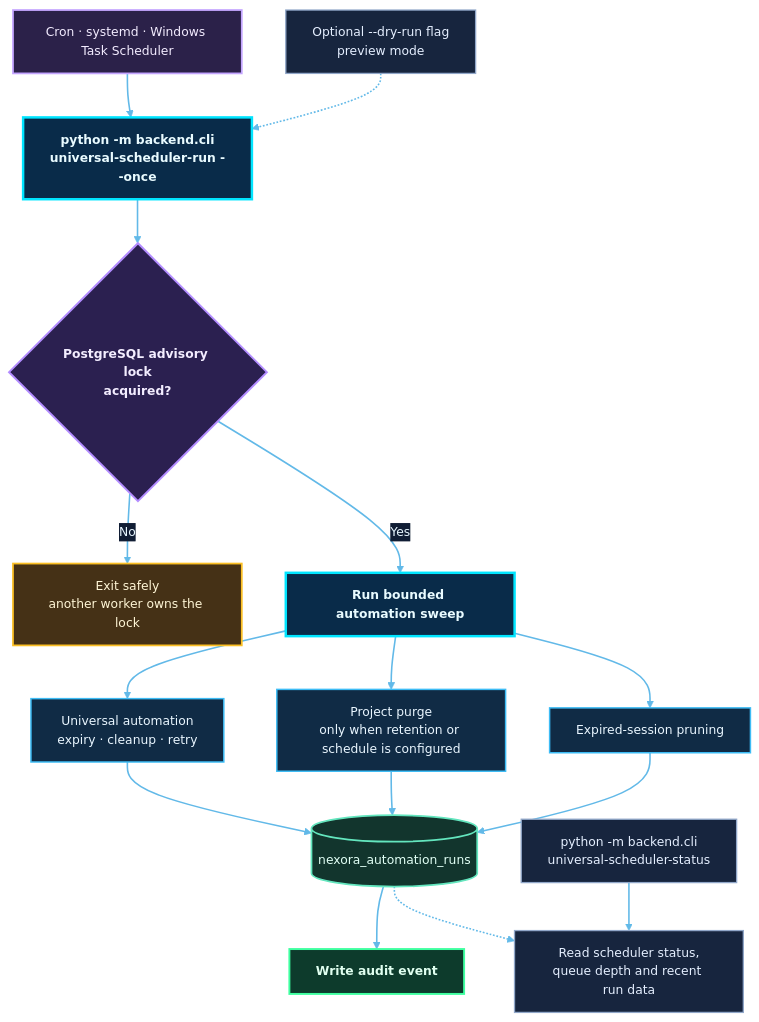
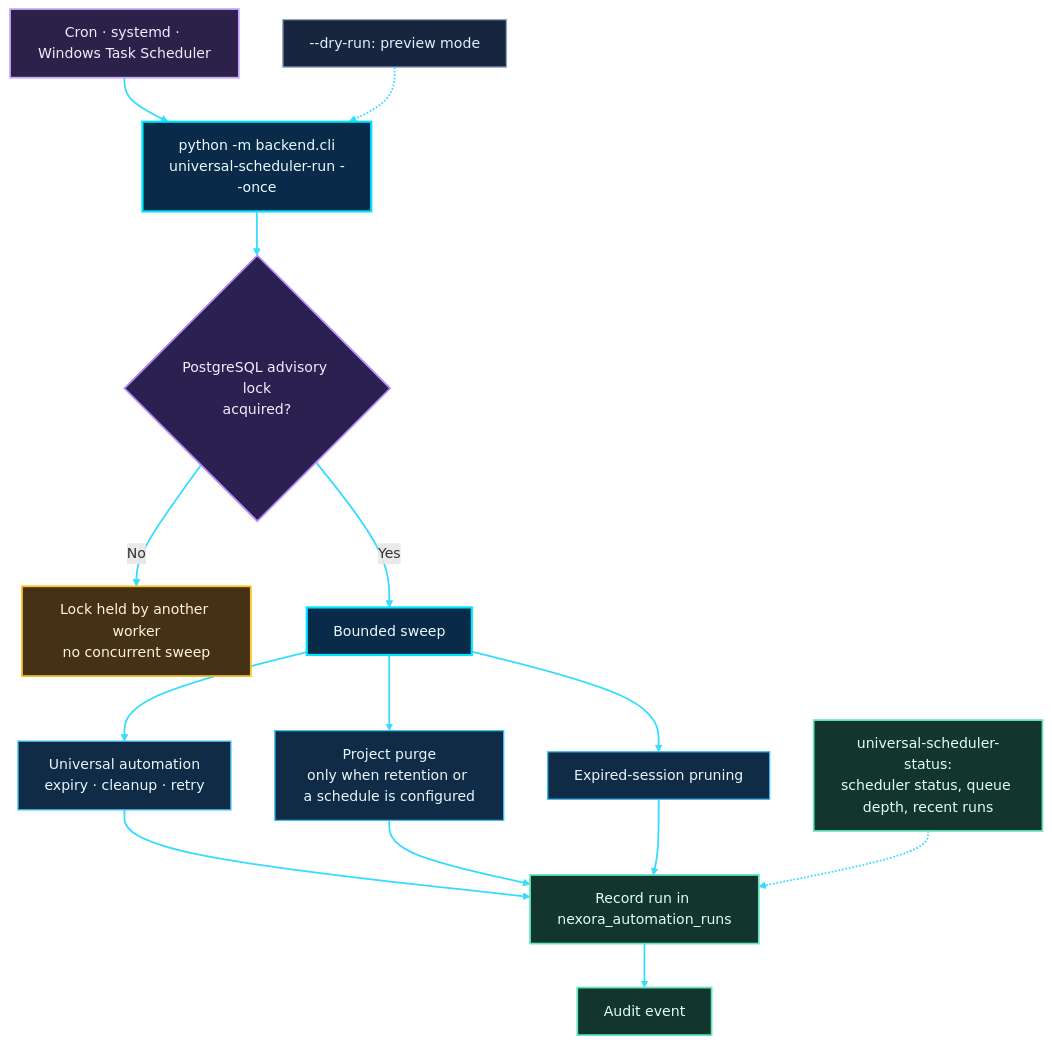
One commit to shajeduzzamanenan992008inc/NexOra-Database-key-Gen changed diagram 18 of 23 in README.md. Above: the diagram before and after it, drawn with Mermaid. The commit also changed other lines of this file, not shown here.

````diff
--- a/README.md
+++ b/README.md
@@ -1537,42 +1455,36 @@
 ```mermaid
-%%{init: {"theme":"base","themeVariables":{"darkMode":true,"background":"#07111f","primaryColor":"#102744","primaryTextColor":"#e8f7ff","primaryBorderColor":"#00d9ff","lineColor":"#62b9e8","secondaryColor":"#261d45","secondaryTextColor":"#f3eaff","secondaryBorderColor":"#a78bfa","tertiaryColor":"#12332b","tertiaryTextColor":"#e0fff1","tertiaryBorderColor":"#41e6a2","fontFamily":"Inter, Segoe UI, sans-serif","fontSize":"14px","edgeLabelBackground":"#101d34","mainBkg":"#102744","nodeBorder":"#00d9ff","clusterBkg":"#0b1930","clusterBorder":"#6f7dff","actorBkg":"#102744","actorBorder":"#00d9ff","actorTextColor":"#e8f7ff","signalColor":"#64d8ff","signalTextColor":"#e8f7ff","noteBkgColor":"#0e332b","noteBorderColor":"#41e6a2","noteTextColor":"#e0fff1"}}}%%
-flowchart TB
-    TRIGGER["Cron · systemd · Windows Task Scheduler"] --> COMMAND["python -m backend.cli<br/>universal-scheduler-run --once"]
-    DRY["Optional --dry-run flag<br/>preview mode"] -.-> COMMAND
-    COMMAND --> LOCK{"PostgreSQL advisory lock<br/>acquired?"}
-    LOCK -->|No| WAIT["Exit safely<br/>another worker owns the lock"]
-    LOCK -->|Yes| SWEEP["Run bounded automation sweep"]
+flowchart TD
+    T["Cron · systemd · Windows Task Scheduler"] --> C["python -m backend.cli<br/>universal-scheduler-run --once"]
+    C --> L{"PostgreSQL advisory lock<br/>acquired?"}
+    L -->|No| W["Lock held by another worker<br/>no concurrent sweep"]
+    L -->|Yes| S["Bounded sweep"]
+    S --> J1["Universal automation<br/>expiry · cleanup · retry"]
+    S --> J2["Project purge<br/>only when retention or a schedule is configured"]
+    S --> J3["Expired-session pruning"]
+    J1 --> R["Record run in nexora_automation_runs"]
+    J2 --> R
+    J3 --> R
+    R --> A["Audit event"]
+    D["--dry-run: preview mode"] -.-> C
+    ST["universal-scheduler-status:<br/>scheduler status, queue depth, recent runs"] -.-> R
 
-    SWEEP --> JOB1["Universal automation<br/>expiry · cleanup · retry"]
-    SWEEP --> JOB2["Project purge<br/>only when retention or schedule is configured"]
-    SWEEP --> JOB3["Expired-session pruning"]
-
-    JOB1 --> LEDGER[("nexora_automation_runs")]
-    JOB2 --> LEDGER
-    JOB3 --> LEDGER
-    LEDGER --> AUDIT["Write audit event"]
-
-    STATUS["python -m backend.cli<br/>universal-scheduler-status"] --> MONITOR["Read scheduler status,<br/>queue depth and recent run data"]
-    LEDGER -.-> MONITOR
-
-
-    %% OMEGA NEX-ORA · ULTRA NEON DESIGN SYSTEM
-    classDef nxCore fill:#092b49,stroke:#00e5ff,stroke-width:2.8px,color:#e9fbff,font-weight:bold;
-    classDef nxProcess fill:#102b45,stroke:#3dbcf5,stroke-width:1.7px,color:#e9f6ff;
-    classDef nxDecision fill:#2b2050,stroke:#b38cff,stroke-width:2.2px,color:#f3edff,font-weight:bold;
-    classDef nxSuccess fill:#0d3b2c,stroke:#3fffa0,stroke-width:2.2px,color:#e0fff0,font-weight:bold;
-    classDef nxDanger fill:#451d30,stroke:#ff6688,stroke-width:2.2px,color:#fff0f3,font-weight:bold;
+    %% OMEGA NEX-ORA visual classes
+    %% OMEGA NEX-ORA / ULTRA NEON PALETTE
+    classDef nxCore fill:#092b49,stroke:#00e5ff,stroke-width:2.5px,color:#e9fbff;
+    classDef nxProcess fill:#102b45,stroke:#3dbcf5,stroke-width:1.5px,color:#e9f6ff;
+    classDef nxDecision fill:#2b2050,stroke:#b38cff,stroke-width:2px,color:#f3edff;
+    classDef nxSuccess fill:#0d3b2c,stroke:#3fffa0,stroke-width:2px,color:#e0fff0;
+    classDef nxDanger fill:#451d30,stroke:#ff6688,stroke-width:2px,color:#fff0f3;
     classDef nxData fill:#12352d,stroke:#63e6be,stroke-width:2px,color:#e1fff5;
     classDef nxExternal fill:#2b2149,stroke:#c4a5ff,stroke-width:2px,color:#f3ecff;
     classDef nxInfo fill:#17253e,stroke:#91a7c9,stroke-width:1.5px,color:#e5efff;
     classDef nxWarning fill:#453116,stroke:#fbbf24,stroke-width:2px,color:#fff6d6;
-    linkStyle default stroke:#62b9e8,stroke-width:1.8px;
-    class TRIGGER nxExternal;
-    class COMMAND,SWEEP nxCore;
-    class LOCK nxDecision;
-    class WAIT nxWarning;
-    class JOB1,JOB2,JOB3 nxProcess;
-    class LEDGER nxData;
-    class AUDIT nxSuccess;
-    class DRY,STATUS,MONITOR nxInfo;
+    class T nxExternal;
+    class C,S nxCore;
+    class L nxDecision;
+    class W nxWarning;
+    class J1,J2,J3 nxProcess;
+    class R,A,ST nxData;
+    class D nxInfo;
+    linkStyle default stroke:#35dcff,stroke-width:2px;
 ```
````
